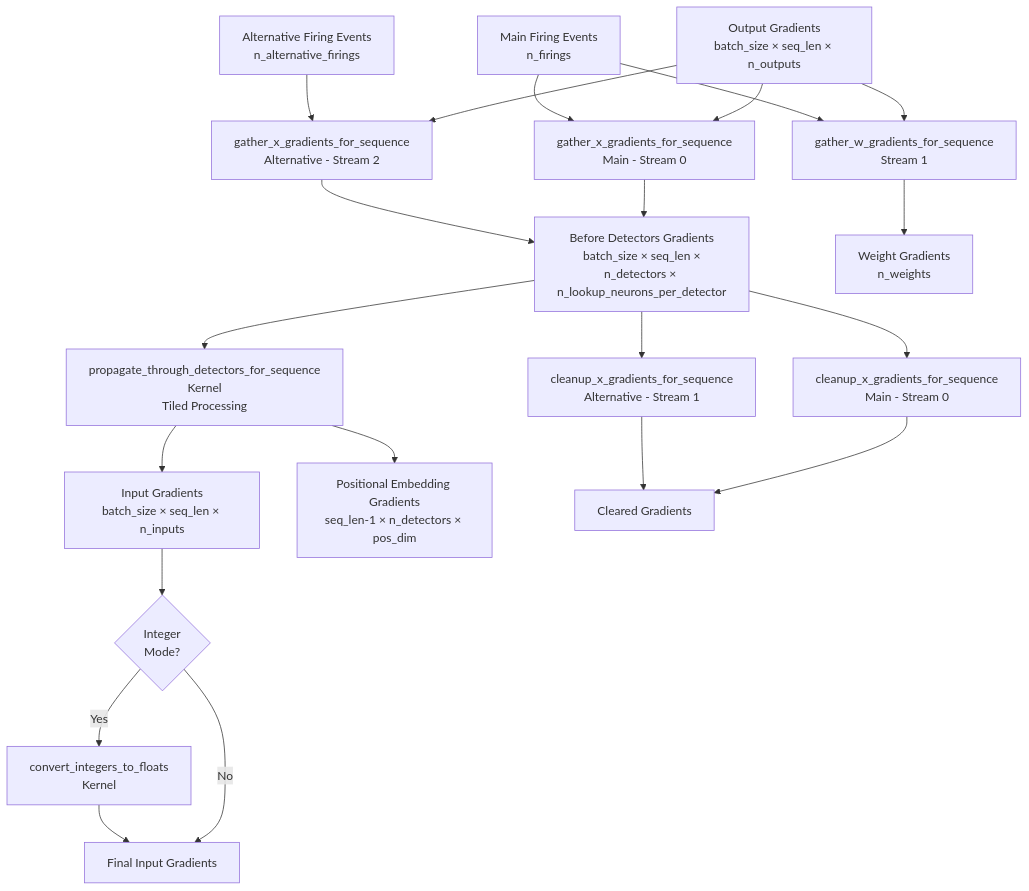
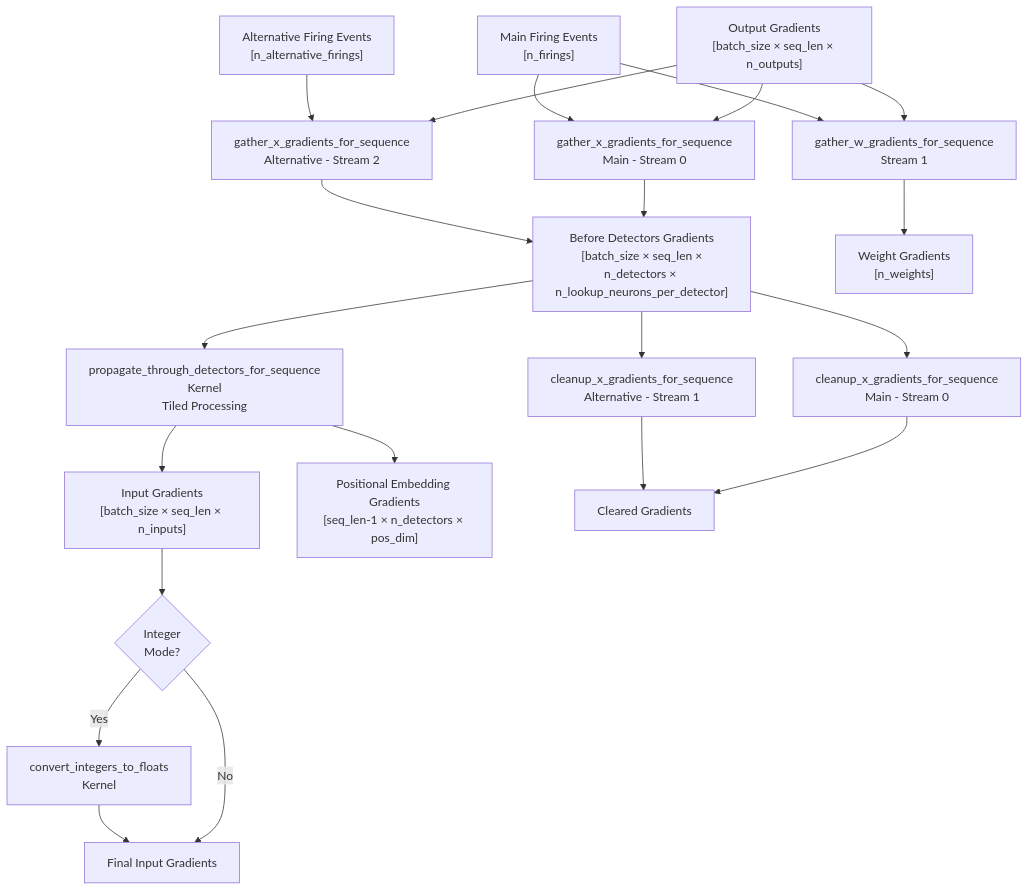
Before and after one commit to anatoli-starostin/spiky: the fourth of 5 diagrams in spiky_cuda/lut/doc/LUT_RUNTIME_DATA_FLOW.md, drawn with Mermaid. The commit also changed other lines of this file, not shown here.

````diff
--- a/spiky_cuda/lut/doc/LUT_RUNTIME_DATA_FLOW.md
+++ b/spiky_cuda/lut/doc/LUT_RUNTIME_DATA_FLOW.md
@@ -101,30 +101,30 @@
 ```mermaid
 flowchart TD
-    A[Output Gradients<br/>batch_size × seq_len × n_outputs] --> B[gather_x_gradients_for_sequence<br/>Main - Stream 0]
+    A["Output Gradients<br/>[batch_size × seq_len × n_outputs]"] --> B[gather_x_gradients_for_sequence<br/>Main - Stream 0]
     A --> C[gather_w_gradients_for_sequence<br/>Stream 1]
     A --> D[gather_x_gradients_for_sequence<br/>Alternative - Stream 2]
     
-    E[Main Firing Events<br/>n_firings] --> B
+    E["Main Firing Events<br/>[n_firings]"] --> B
     E --> C
-    F[Alternative Firing Events<br/>n_alternative_firings] --> D
+    F["Alternative Firing Events<br/>[n_alternative_firings]"] --> D
     
-    B --> G[Before Detectors Gradients<br/>batch_size × seq_len ×<br/>n_detectors × n_lookup_neurons_per_detector]
-    C --> H[Weight Gradients<br/>n_weights]
+    B --> G["Before Detectors Gradients<br/>[batch_size × seq_len ×<br/>n_detectors × n_lookup_neurons_per_detector]"]
+    C --> H["Weight Gradients<br/>[n_weights]"]
     D --> G
     
     G --> I[propagate_through_detectors_for_sequence<br/>Kernel<br/>Tiled Processing]
     
-    I --> J[Input Gradients<br/>batch_size × seq_len × n_inputs]
-    I --> K[Positional Embedding Gradients<br/>seq_len-1 × n_detectors × pos_dim]
+    I --> J["Input Gradients<br/>[batch_size × seq_len × n_inputs]"]
+    I --> K["Positional Embedding Gradients<br/>[seq_len-1 × n_detectors × pos_dim]"]
     
     G --> L[cleanup_x_gradients_for_sequence<br/>Main - Stream 0]
     G --> M[cleanup_x_gradients_for_sequence<br/>Alternative - Stream 1]
     
     L --> N[Cleared Gradients]
     M --> N
     
     J --> O{Integer<br/>Mode?}
     O -->|Yes| P[convert_integers_to_floats<br/>Kernel]
     O -->|No| Q[Final Input Gradients]
     P --> Q
 ```
````
